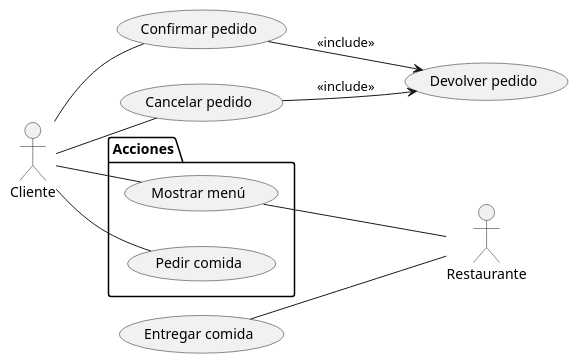
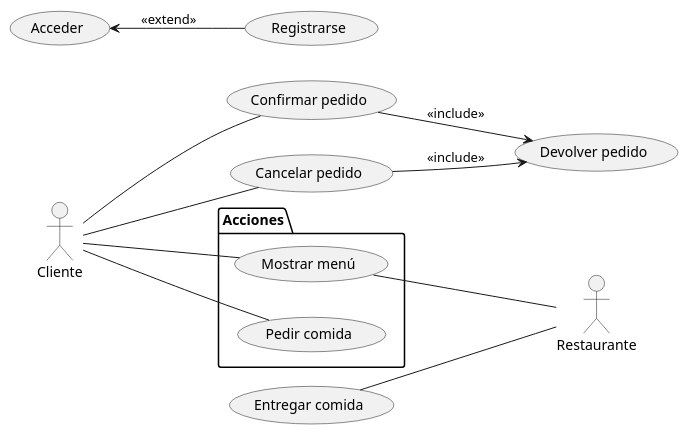
The diagram in Casos_de_uso.puml (CrisMH1/ChristianM_UML), drawn with PlantUML before and after one commit.

Commit message:
Update Casos_de_uso.puml
Añadido  la extensión

```diff
--- a/Casos_de_uso.puml
+++ b/Casos_de_uso.puml
@@ -1,23 +1,24 @@
 @startuml
 'https://plantuml.com/class-diagram
 
 left to right direction
 package Acciones{
 usecase "Mostrar menú" as menu
 usecase "Pedir comida" as pedir
 
 }
 
 :Cliente: -- menu
 :Cliente: -- pedir
  (Entregar comida)-- :Restaurante:
  menu -- :Restaurante:
  
  left to right direction
 :Cliente: -- (Confirmar pedido)
 :Cliente: -- (Cancelar pedido)
 (Confirmar pedido) --> (Devolver pedido) : <<include>>
 (Cancelar pedido) --> (Devolver pedido) : <<include>>
+(Acceder) <-- (Registrarse) : <<extend>>
 
 
 @enduml
```
